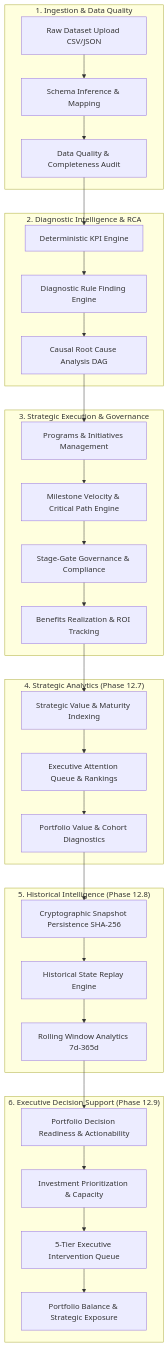
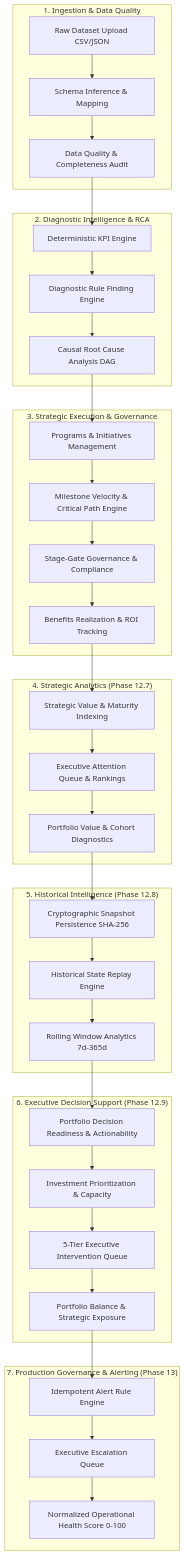
The diagram in README.md (Aaditgupta1234/DecisionOS), drawn with Mermaid before and after one commit. The commit also changed other lines of this file and 23 other files, not shown here.

Commit message:
feat(phase-13): implement production governance, operational intelligence, alert monitoring and executive escalation

````diff
--- a/README.md
+++ b/README.md
@@ -273,39 +281,45 @@
 ```mermaid
 flowchart TD
     subgraph Ingestion["1. Ingestion & Data Quality"]
         A[Raw Dataset Upload CSV/JSON] --> B[Schema Inference & Mapping]
         B --> C[Data Quality & Completeness Audit]
     end
 
     subgraph Diagnostics["2. Diagnostic Intelligence & RCA"]
         C --> D[Deterministic KPI Engine]
         D --> E[Diagnostic Rule Finding Engine]
         E --> F[Causal Root Cause Analysis DAG]
     end
 
     subgraph Execution["3. Strategic Execution & Governance"]
         F --> G[Programs & Initiatives Management]
         G --> H[Milestone Velocity & Critical Path Engine]
         H --> I[Stage-Gate Governance & Compliance]
         I --> J[Benefits Realization & ROI Tracking]
     end
 
     subgraph StrategicAnalytics["4. Strategic Analytics (Phase 12.7)"]
         J --> K[Strategic Value & Maturity Indexing]
         K --> L[Executive Attention Queue & Rankings]
         L --> M[Portfolio Value & Cohort Diagnostics]
     end
 
     subgraph Historical["5. Historical Intelligence (Phase 12.8)"]
         M --> N[Cryptographic Snapshot Persistence SHA-256]
         N --> O[Historical State Replay Engine]
         O --> P[Rolling Window Analytics 7d-365d]
     end
 
     subgraph DecisionSupport["6. Executive Decision Support (Phase 12.9)"]
         P --> Q[Portfolio Decision Readiness & Actionability]
         Q --> R[Investment Prioritization & Capacity]
         R --> S[5-Tier Executive Intervention Queue]
         S --> T[Portfolio Balance & Strategic Exposure]
     end
+
+    subgraph Monitoring["7. Production Governance & Alerting (Phase 13)"]
+        T --> U[Idempotent Alert Rule Engine]
+        U --> V[Executive Escalation Queue]
+        V --> W[Normalized Operational Health Score 0-100]
+    end
 ```
````
